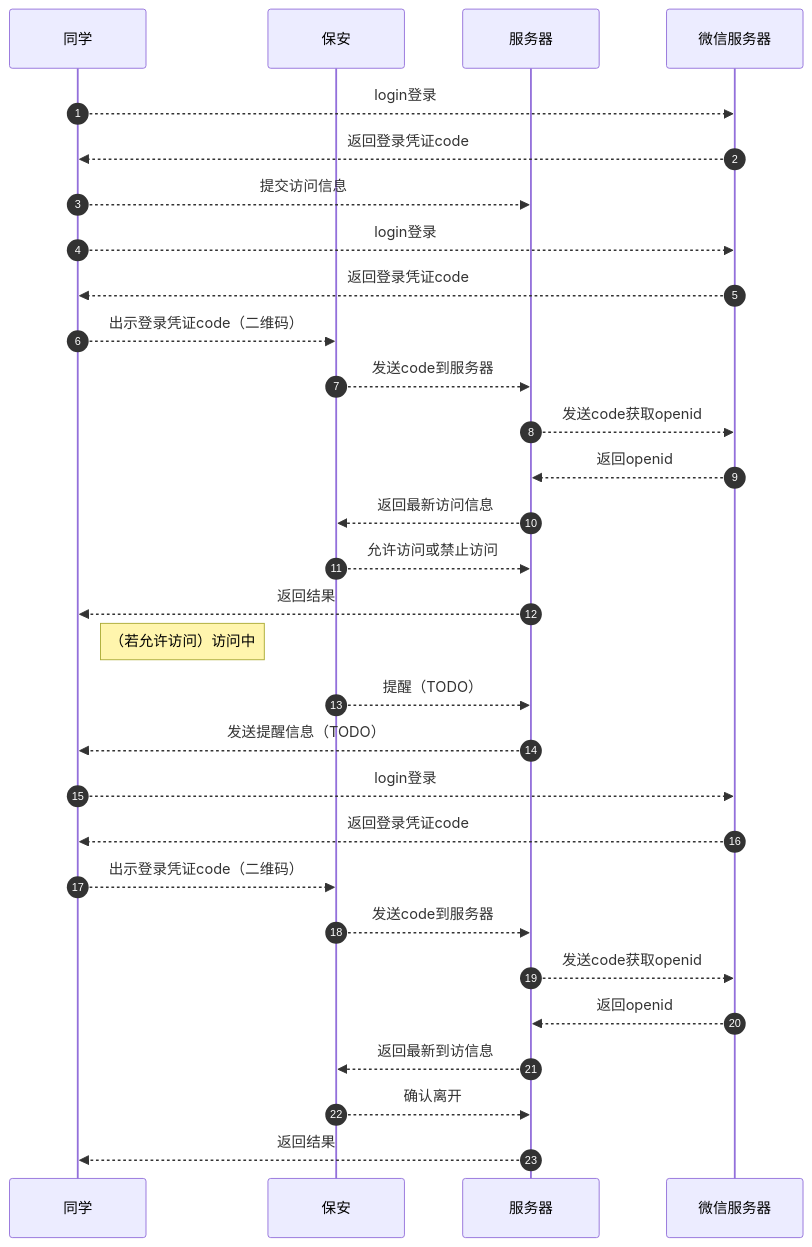
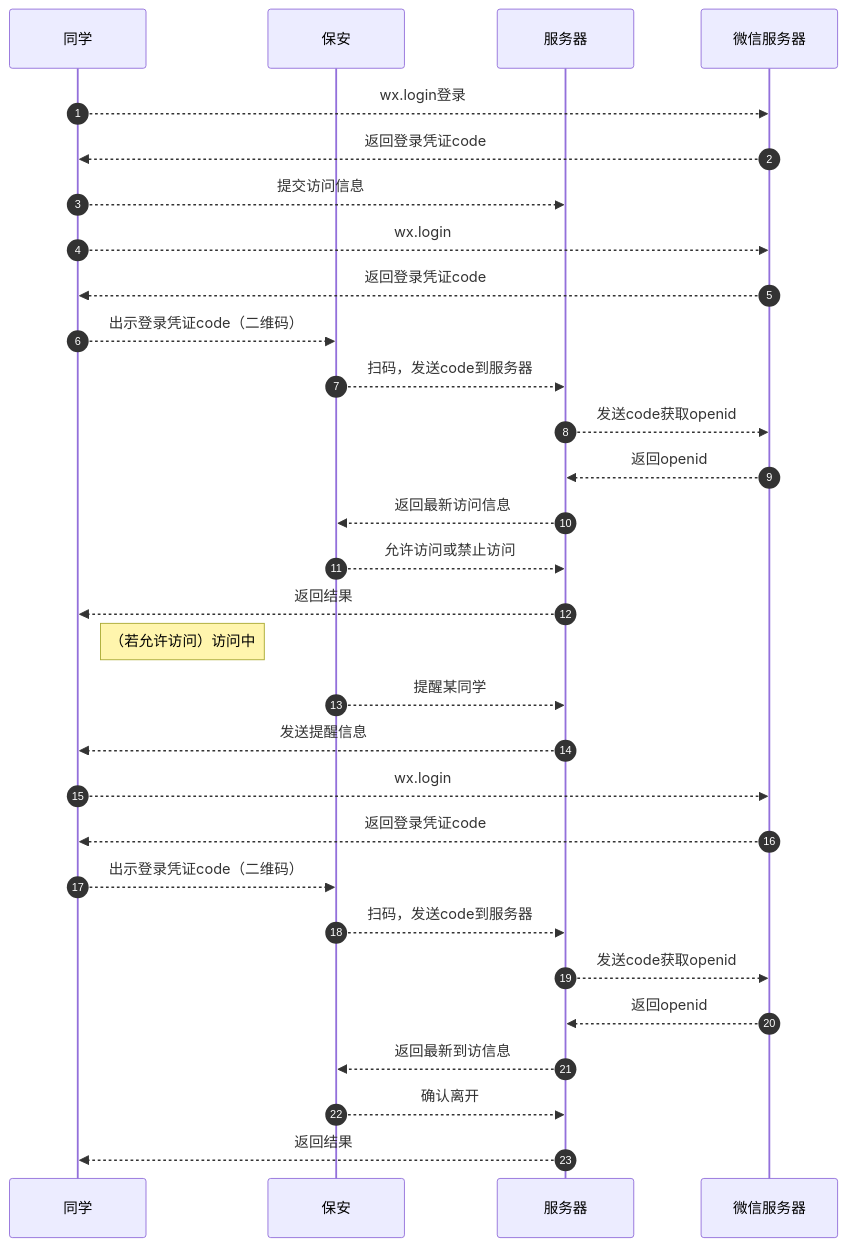
The first of 4 diagrams in 流程图.md (Akira-u/Zijing-Guest), drawn with Mermaid before and after one commit.

Commit message:
update 流程图

````diff
--- a/流程图.md
+++ b/流程图.md
@@ -1,35 +1,35 @@
 ```mermaid
 sequenceDiagram
   # 通过设定参与者(participants)的顺序控制展示模块顺序
   autonumber
   participant 同学
 　participant 保安
 　participant 服务器
 　participant 微信服务器
-　同学 -->> 微信服务器:login登录
+　同学 -->> 微信服务器:wx.login登录
 　微信服务器 -->> 同学:返回登录凭证code
 　同学 -->> 服务器:提交访问信息
-　同学 -->> 微信服务器:login登录
+　同学 -->> 微信服务器:wx.login
 　微信服务器 -->> 同学:返回登录凭证code
 　同学 -->> 保安:出示登录凭证code（二维码）
-　保安 -->> 服务器:发送code到服务器
+　保安 -->> 服务器:扫码，发送code到服务器
 　服务器 -->> 微信服务器:发送code获取openid
 　微信服务器 -->> 服务器:返回openid
 　服务器 -->> 保安:返回最新访问信息
 　保安 -->> 服务器:允许访问或禁止访问
 　服务器 -->> 同学:返回结果
 　Note right of 同学:（若允许访问）访问中
-　保安 -->> 服务器:提醒（TODO）
-　服务器 -->> 同学:发送提醒信息（TODO）
-　同学 -->> 微信服务器:login登录
+　保安 -->> 服务器:提醒某同学
+　服务器 -->> 同学:发送提醒信息
+　同学 -->> 微信服务器:wx.login
 　微信服务器 -->> 同学:返回登录凭证code
 　同学 -->> 保安:出示登录凭证code（二维码）
-　保安 -->> 服务器:发送code到服务器
+　保安 -->> 服务器:扫码，发送code到服务器
 　服务器 -->> 微信服务器:发送code获取openid
 　微信服务器 -->> 服务器:返回openid
 　服务器 -->> 保安:返回最新到访信息
 　保安 -->> 服务器:确认离开
 　服务器 -->> 同学:返回结果
 　
 　
 ```
````
